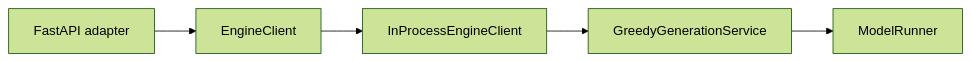
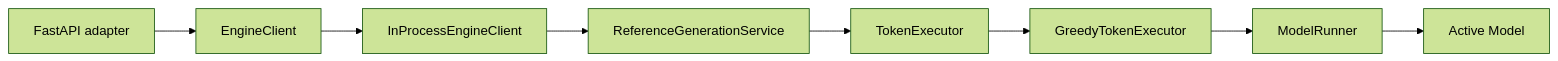
The eighth of 10 diagrams in docs/design.md (poorpaper/light-vllm), drawn with Mermaid (forest theme) before and after one commit. The commit also changed other lines of this file and 39 other files, not shown here.

````diff
--- a/docs/design.md
+++ b/docs/design.md
@@ -318,7 +316,10 @@
 ```mermaid
 flowchart LR
     HTTP["FastAPI adapter"] --> Client["EngineClient"]
     Client --> Local["InProcessEngineClient"]
-    Local --> Reference["GreedyGenerationService"]
-    Reference --> Runner["ModelRunner"]
+    Local --> Reference["ReferenceGenerationService"]
+    Reference --> Executor["TokenExecutor"]
+    Executor --> LocalExecutor["GreedyTokenExecutor"]
+    LocalExecutor --> Runner["ModelRunner"]
+    Runner --> Model["Active Model"]
 ```
````
